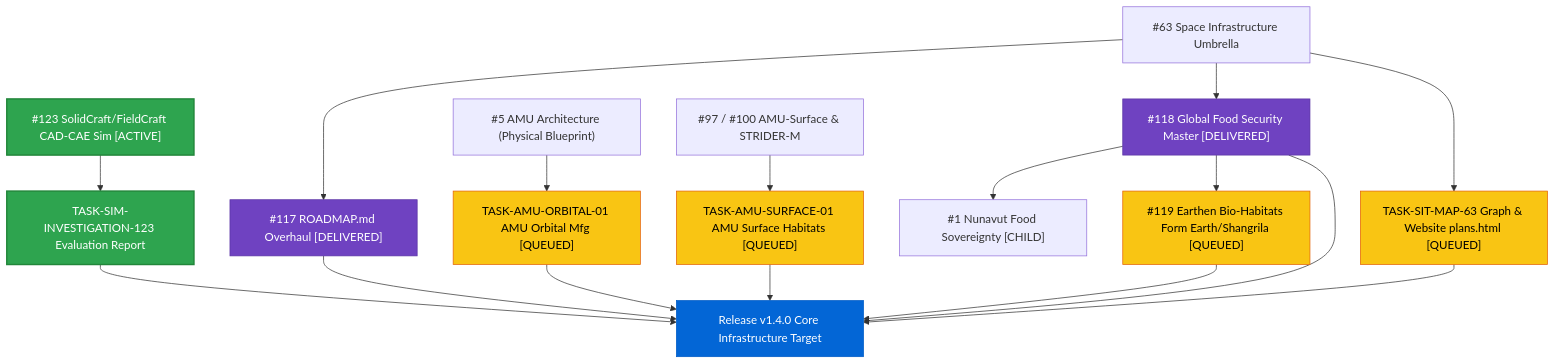
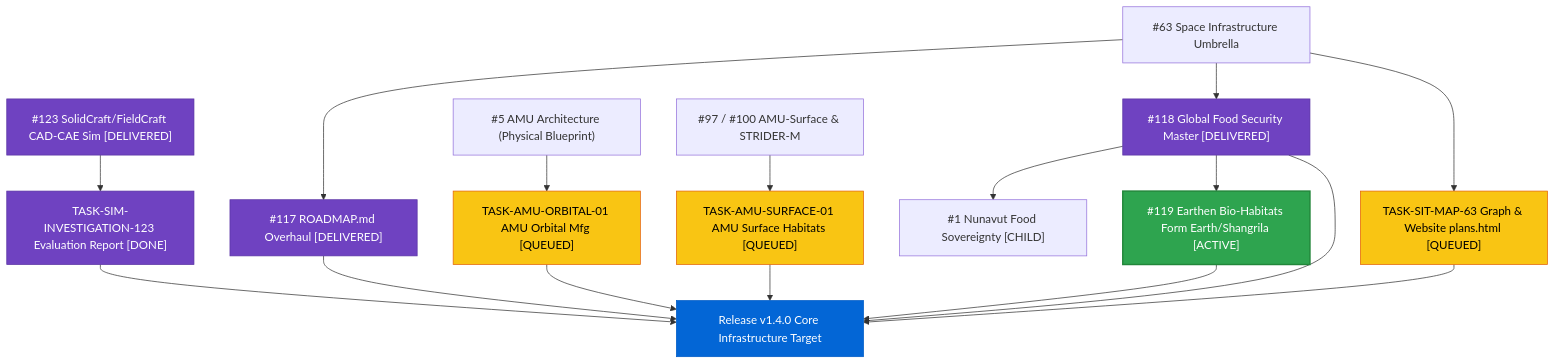
The diagram in forward_tasks.md (stellardreams/asi.surge.sh), drawn with Mermaid before and after one commit. The commit also changed other lines of this file and 17 other files, not shown here.

Commit message:
docs(eval): deliver SolidCraft and FieldCraft CAD/CAE evaluation and Argon hand-off #123

````diff
--- a/forward_tasks.md
+++ b/forward_tasks.md
@@ -103,36 +103,36 @@
 ```mermaid
 graph TD
-    I123["#123 SolidCraft/FieldCraft CAD-CAE Sim [ACTIVE]"] --> T123["TASK-SIM-INVESTIGATION-123 Evaluation Report"]
+    I123["#123 SolidCraft/FieldCraft CAD-CAE Sim [DELIVERED]"] --> T123["TASK-SIM-INVESTIGATION-123 Evaluation Report [DONE]"]
     
     I63["#63 Space Infrastructure Umbrella"] --> I117["#117 ROADMAP.md Overhaul [DELIVERED]"]
     I63 --> I118["#118 Global Food Security Master [DELIVERED]"]
     I118 --> I01["#1 Nunavut Food Sovereignty [CHILD]"]
-    I118 --> I119["#119 Earthen Bio-Habitats Form Earth/Shangrila [QUEUED]"]
+    I118 --> I119["#119 Earthen Bio-Habitats Form Earth/Shangrila [ACTIVE]"]
 
     I05["#5 AMU Architecture (Physical Blueprint)"] --> O01["TASK-AMU-ORBITAL-01 AMU Orbital Mfg [QUEUED]"]
     I97["#97 / #100 AMU-Surface & STRIDER-M"] --> S01["TASK-AMU-SURFACE-01 AMU Surface Habitats [QUEUED]"]
     I63 --> M63["TASK-SIT-MAP-63 Graph & Website plans.html [QUEUED]"]
     
     T123 --> V140["Release v1.4.0 Core Infrastructure Target"]
     O01 --> V140
     S01 --> V140
     I117 --> V140
     I118 --> V140
     I119 --> V140
     M63 --> V140
 
     classDef active fill:#2ea44f,stroke:#22863a,stroke-width:2px,color:#fff;
     classDef queued fill:#f9c513,stroke:#e36209,stroke-width:1px,color:#000;
     classDef target fill:#0366d6,stroke:#005cc5,stroke-width:1px,color:#fff;
     classDef done fill:#6f42c1,stroke:#5a32a3,stroke-width:1px,color:#fff;
 
-    class I123 active;
-    class T123 active;
+    class I123 done;
+    class T123 done;
+    class I119 active;
     class S01 queued;
     class O01 queued;
     class I117 done;
     class I118 done;
-    class I119 queued;
     class M63 queued;
     class V140 target;
 ```
````
